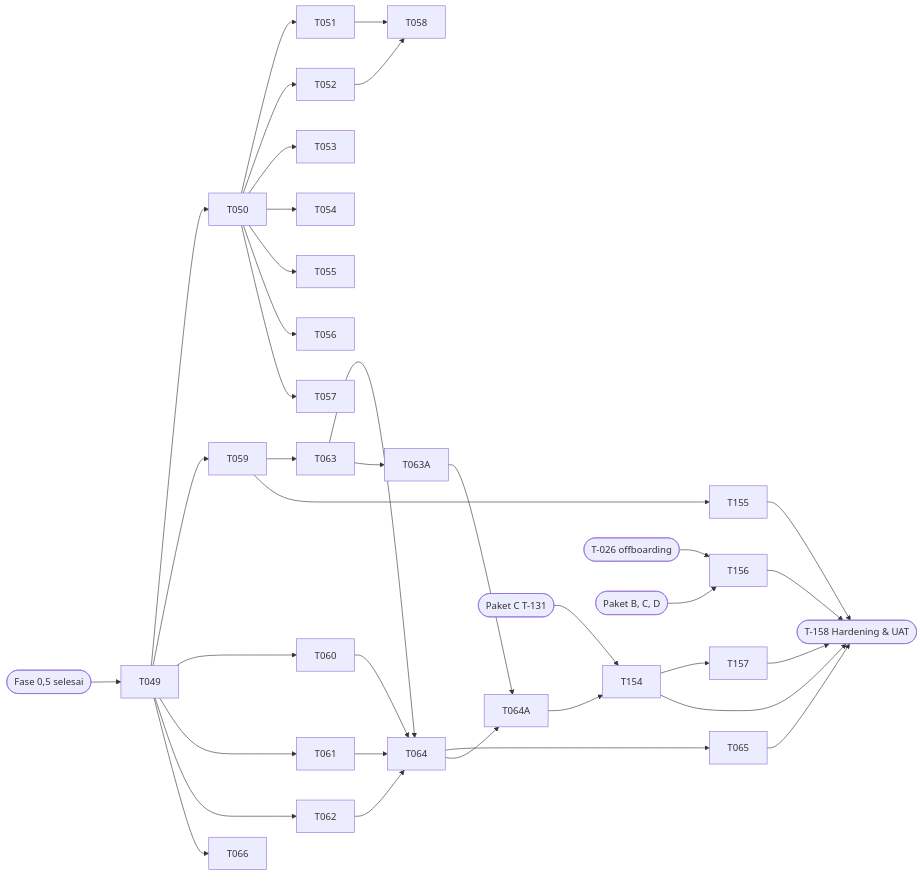
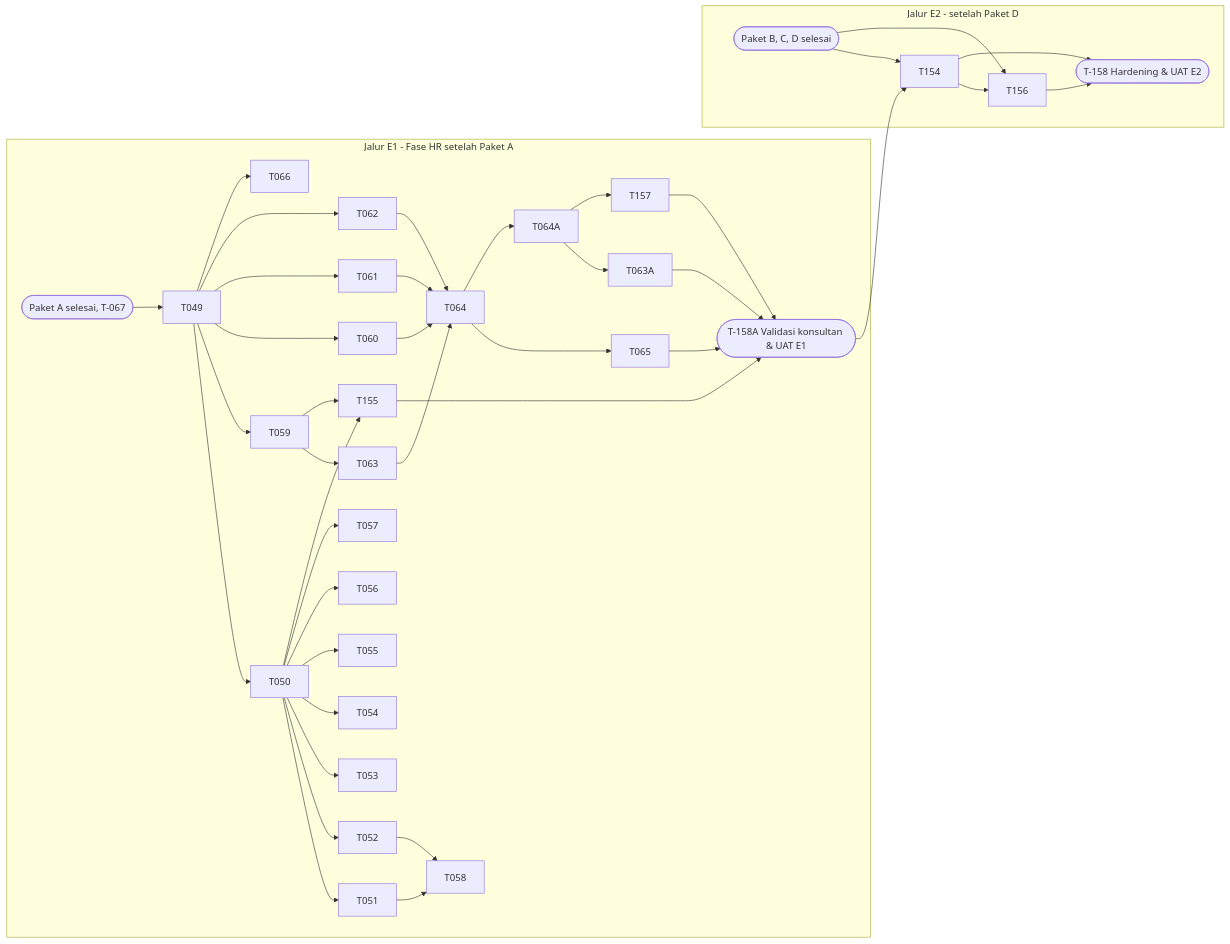
One commit to masyasin/pakis changed the diagram in TASKS_PAKET_E.md. Above: the diagram before and after it, drawn with Mermaid. The commit also changed other lines of this file and 1 other file, not shown here.

First line of the commit message:
docs(paket-e): terapkan keputusan & penyelarasan Paket E [Paket E]

````diff
--- a/TASKS_PAKET_E.md
+++ b/TASKS_PAKET_E.md
@@ -20,16 +28,21 @@
 ```mermaid
 flowchart LR
-  F0([Fase 0,5 selesai]) --> T049 --> T050 & T059 & T060 & T061 & T062 & T066
-  T050 --> T051 & T052 & T053 & T054 & T055 & T056 & T057
-  T051 & T052 --> T058
-  T059 --> T063 --> T064 --> T065
-  T060 & T061 & T062 --> T064
-  T063 --> T063A --> T064A
-  T064 --> T064A
-  PC([Paket C T-131]) --> T154
-  T064A --> T154 --> T157
-  T059 --> T155
-  T026([T-026 offboarding]) --> T156
-  PB([Paket B, C, D]) --> T156
-  T154 & T155 & T156 & T157 & T065 --> T158([T-158 Hardening & UAT])
+  subgraph E1["Jalur E1 - Fase HR setelah Paket A"]
+    PA([Paket A selesai, T-067]) --> T049 --> T050 & T059 & T060 & T061 & T062 & T066
+    T050 --> T051 & T052 & T053 & T054 & T055 & T056 & T057
+    T051 & T052 --> T058
+    T059 --> T063 --> T064 --> T065
+    T060 & T061 & T062 --> T064
+    T064 --> T064A --> T063A
+    T064A --> T157
+    T059 & T050 --> T155
+    T063A & T155 & T157 & T065 --> T158A([T-158A Validasi konsultan & UAT E1])
+  end
+  subgraph E2["Jalur E2 - setelah Paket D"]
+    PD([Paket B, C, D selesai]) --> T154
+    T158A --> T154
+    T154 --> T156
+    PD --> T156
+    T154 & T156 --> T158([T-158 Hardening & UAT E2])
+  end
 ```
````
